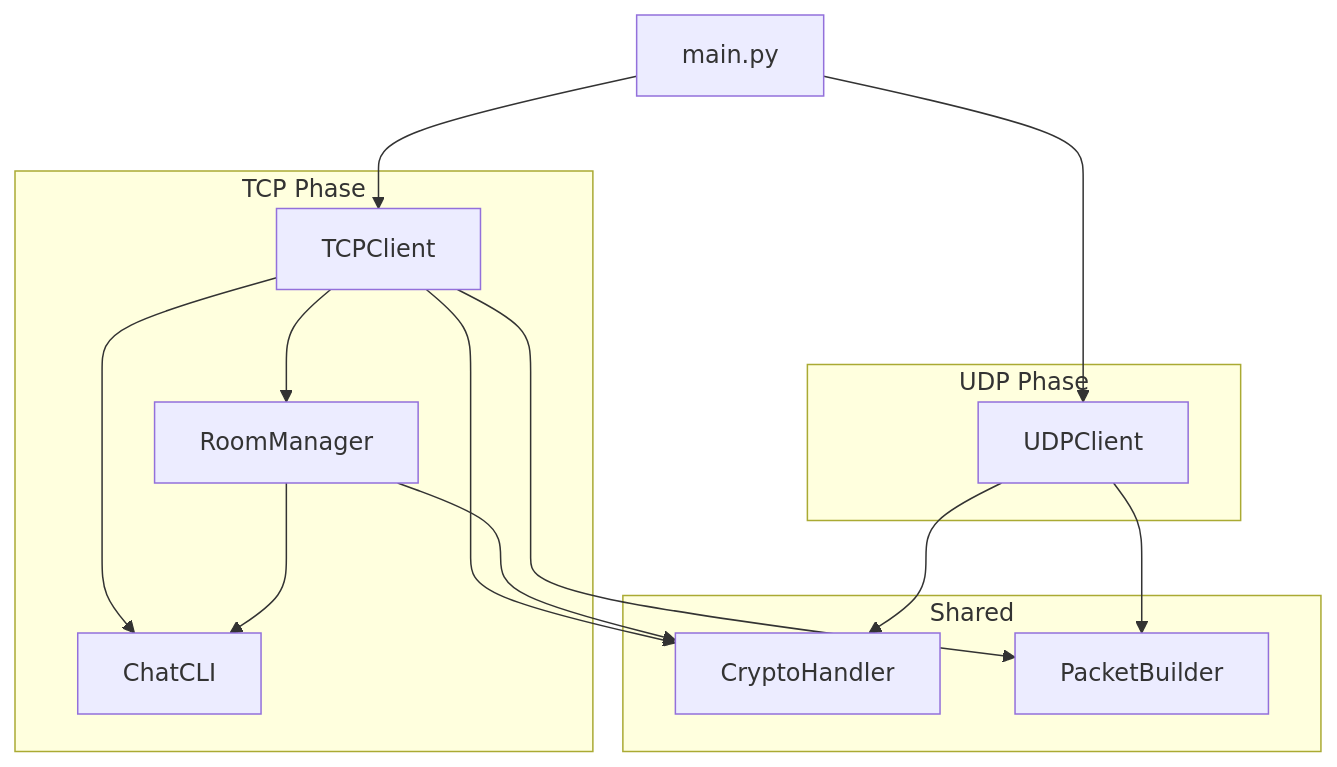
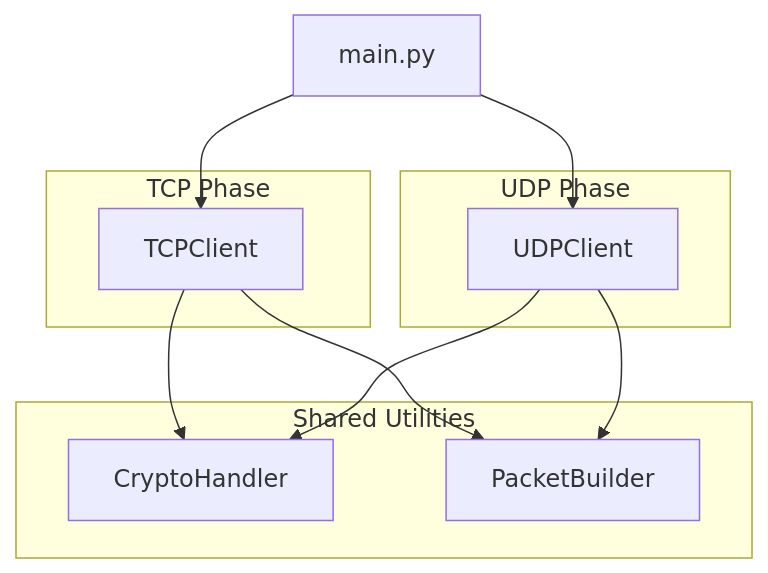
The first of 5 diagrams in README.md (BackendExplorer/Online-Chat-Service), drawn with Mermaid before and after one commit.

````diff
--- a/README.md
+++ b/README.md
@@ -1,31 +1,26 @@
 ```mermaid
 flowchart TD
     main[main.py]
 
     subgraph TCP Phase
         tcp[TCPClient]
-        room[RoomManager]
-        cli[ChatCLI]
     end
 
     subgraph UDP Phase
         udp[UDPClient]
     end
 
-    subgraph Shared
+    subgraph Shared Utilities
         crypto[CryptoHandler]
         packet[PacketBuilder]
     end
 
     main --> tcp
     main --> udp
-    tcp --> room
-    tcp --> cli
+
     tcp --> crypto
     tcp --> packet
-    room --> cli
-    room --> crypto
     udp --> crypto
     udp --> packet
 
 ```
````
